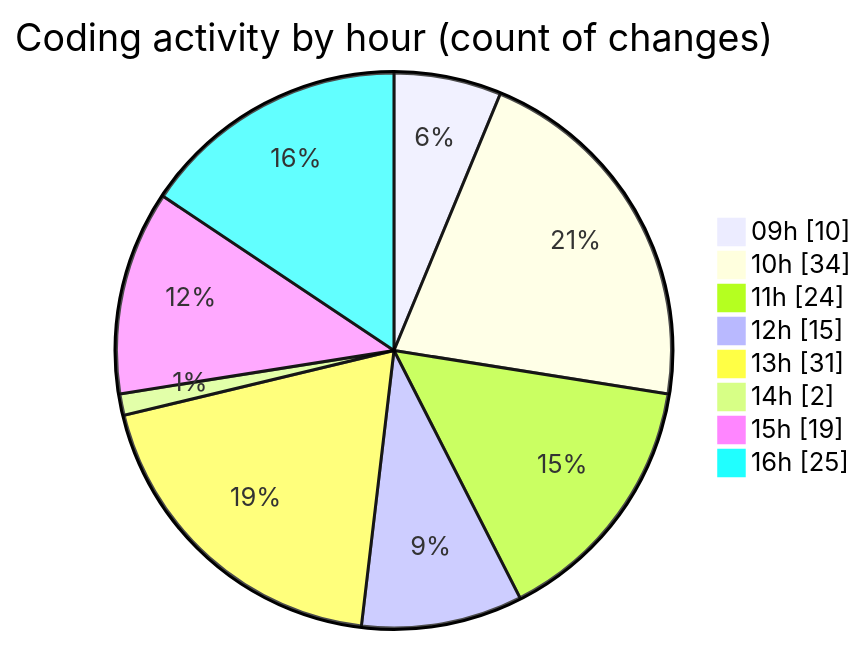
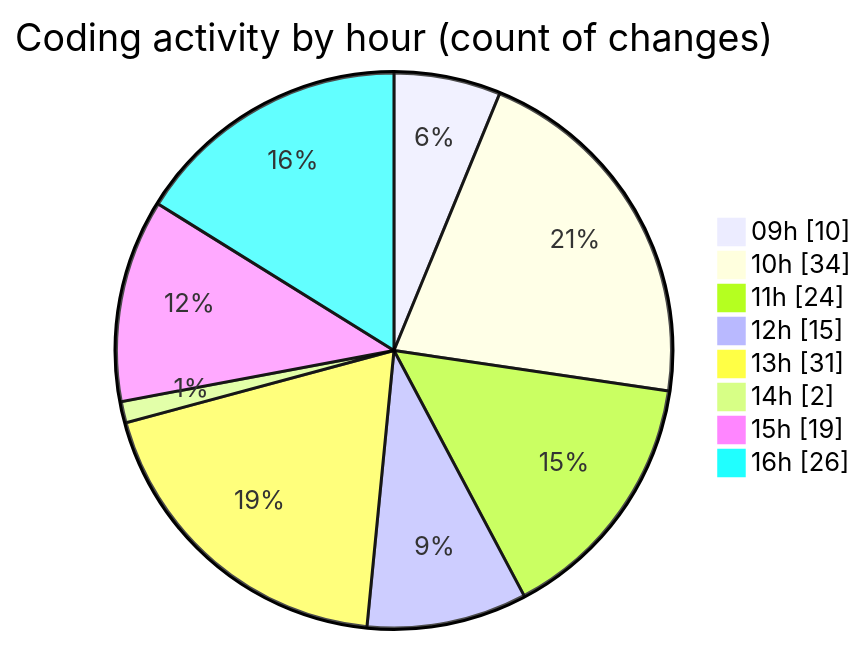
Before and after one commit to momahboobian/code-tracking: the second of 2 diagrams in 2025-09-02/cda/README.md, drawn with Mermaid. The commit also changed other lines of this file and 1 other file, not shown here.

````diff
--- a/2025-09-02/cda/README.md
+++ b/2025-09-02/cda/README.md
@@ -39,12 +41,12 @@
 ```mermaid
 pie showData
 title Coding activity by hour (count of changes)
 "09h" : 10
 "10h" : 34
 "11h" : 24
 "12h" : 15
 "13h" : 31
 "14h" : 2
 "15h" : 19
-"16h" : 25
+"16h" : 26
 ```
````
